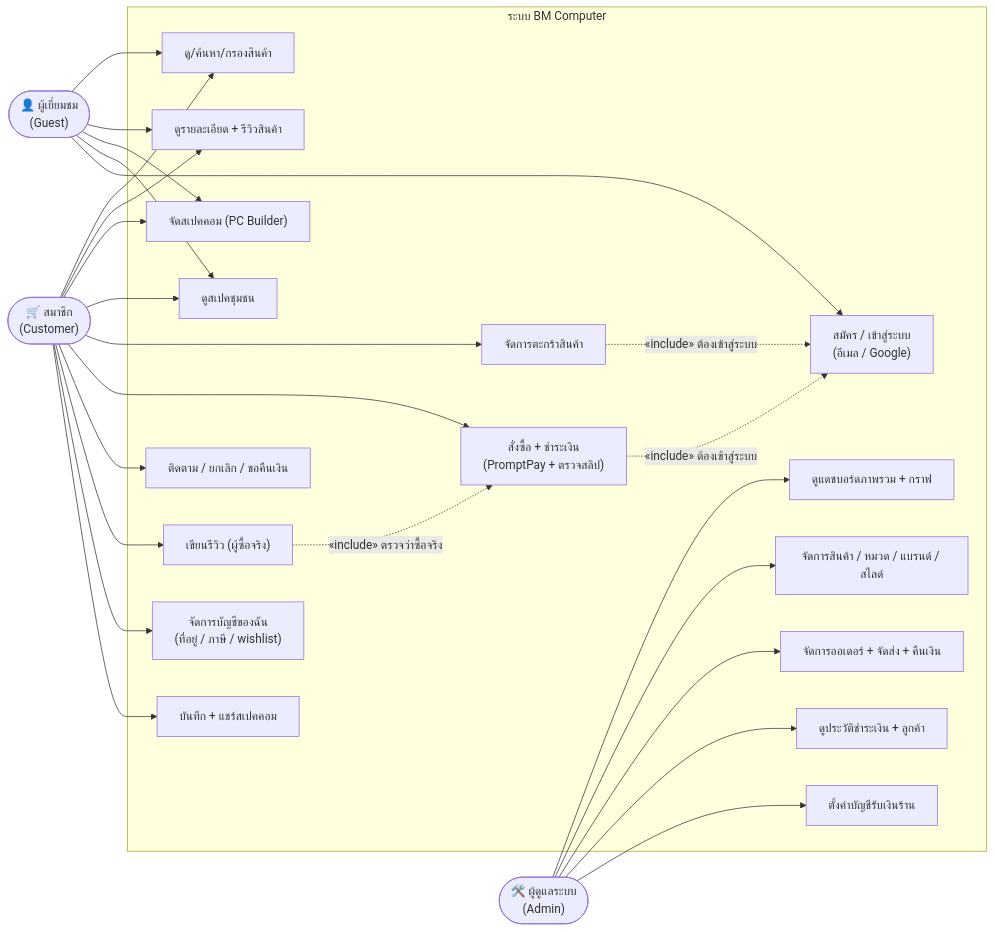
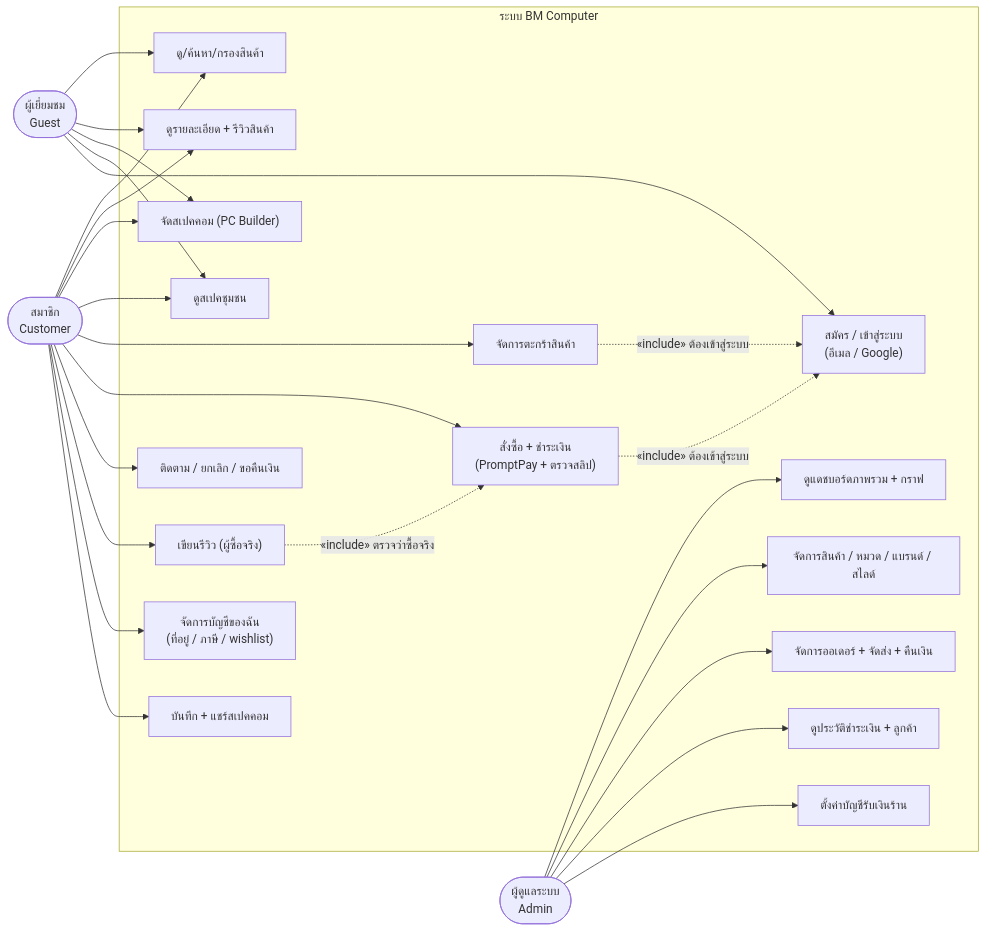
Before and after one commit to Nol2way/bm-computer: the first of 8 diagrams in docs/analysis-design.md, drawn with Mermaid. The commit also changed other lines of this file and 33 other files, not shown here.

````diff
--- a/docs/analysis-design.md
+++ b/docs/analysis-design.md
@@ -128,34 +128,34 @@
 ```mermaid
 flowchart LR
-    Guest(["👤 ผู้เยี่ยมชม<br/>(Guest)"])
-    Customer(["🛒 สมาชิก<br/>(Customer)"])
-    Admin(["🛠️ ผู้ดูแลระบบ<br/>(Admin)"])
+    Guest(["ผู้เยี่ยมชม<br/>Guest"])
+    Customer(["สมาชิก<br/>Customer"])
+    Admin(["ผู้ดูแลระบบ<br/>Admin"])
 
     subgraph S["ระบบ BM Computer"]
         UC1["ดู/ค้นหา/กรองสินค้า"]
         UC2["ดูรายละเอียด + รีวิวสินค้า"]
         UC3["จัดสเปคคอม (PC Builder)"]
         UC4["ดูสเปคชุมชน"]
         UC5["สมัคร / เข้าสู่ระบบ<br/>(อีเมล / Google)"]
         UC6["จัดการตะกร้าสินค้า"]
         UC7["สั่งซื้อ + ชำระเงิน<br/>(PromptPay + ตรวจสลิป)"]
         UC8["ติดตาม / ยกเลิก / ขอคืนเงิน"]
         UC9["เขียนรีวิว (ผู้ซื้อจริง)"]
         UC10["จัดการบัญชีของฉัน<br/>(ที่อยู่ / ภาษี / wishlist)"]
         UC11["บันทึก + แชร์สเปคคอม"]
         UC12["ดูแดชบอร์ดภาพรวม + กราฟ"]
         UC13["จัดการสินค้า / หมวด / แบรนด์ / สไลด์"]
         UC14["จัดการออเดอร์ + จัดส่ง + คืนเงิน"]
         UC15["ดูประวัติชำระเงิน + ลูกค้า"]
         UC16["ตั้งค่าบัญชีรับเงินร้าน"]
     end
 
     Guest --> UC1 & UC2 & UC3 & UC4 & UC5
     Customer --> UC1 & UC2 & UC3 & UC4
     Customer --> UC6 & UC7 & UC8 & UC9 & UC10 & UC11
     Admin --> UC12 & UC13 & UC14 & UC15 & UC16
 
     UC6 -. "«include» ต้องเข้าสู่ระบบ" .-> UC5
     UC7 -. "«include» ต้องเข้าสู่ระบบ" .-> UC5
     UC9 -. "«include» ตรวจว่าซื้อจริง" .-> UC7
 ```
````
